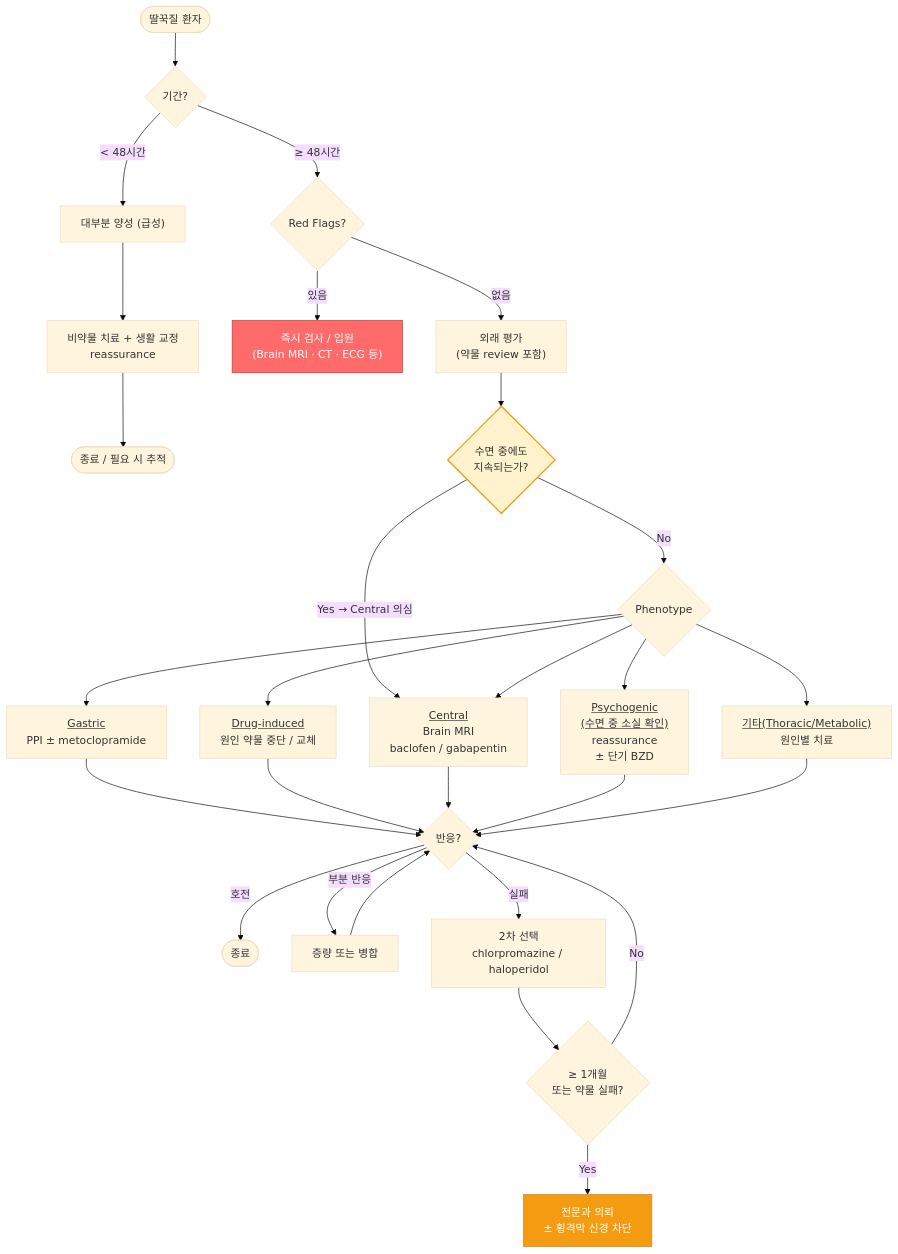
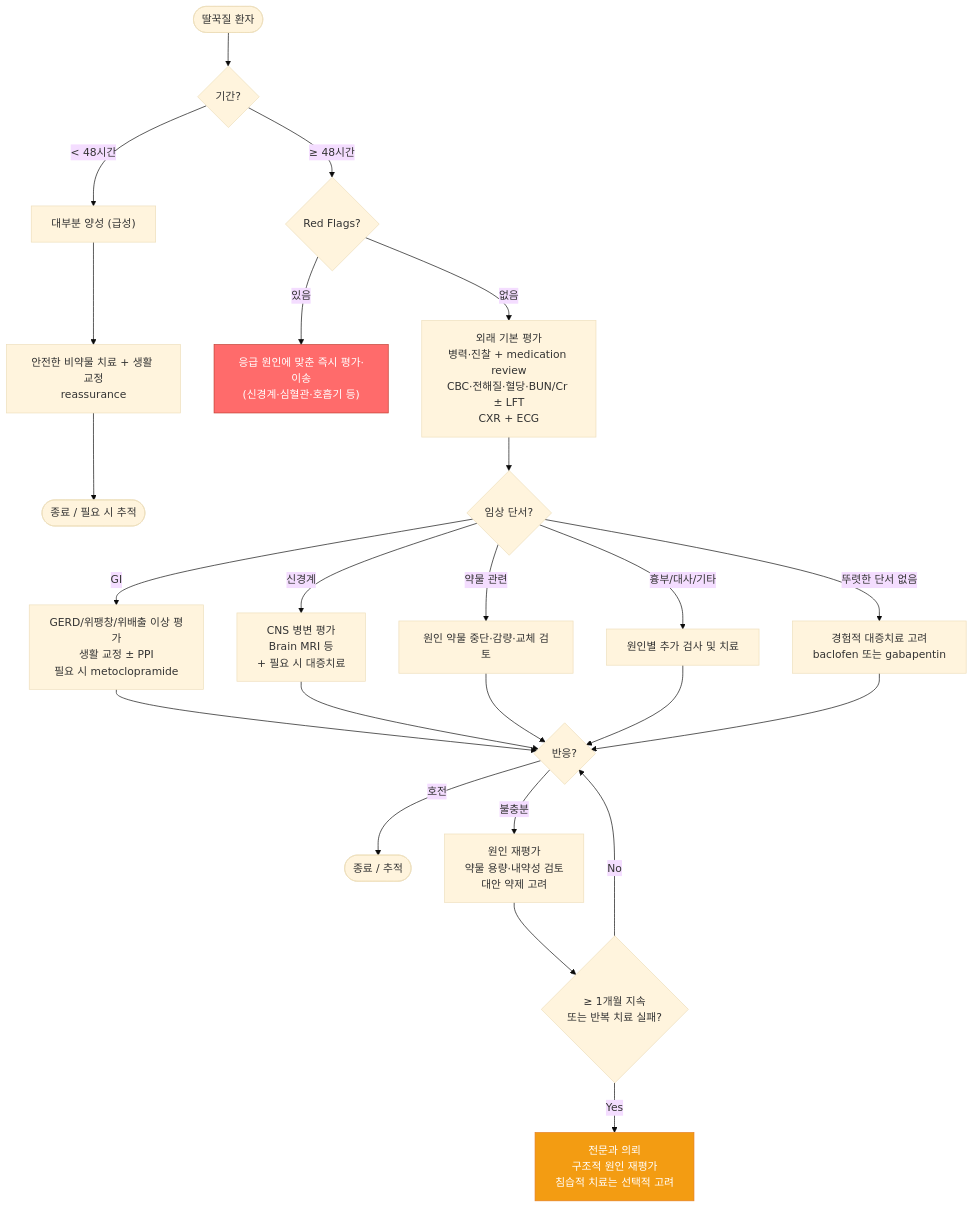
Before and after one commit to familyoh77/familyoh77: the diagram in 220_/010_-hiccups-singultus.md, drawn with Mermaid (base theme). The commit also changed other lines of this file, not shown here.

````diff
--- a/220_/010_-hiccups-singultus.md
+++ b/220_/010_-hiccups-singultus.md
@@ -92,29 +106,33 @@
 ```mermaid
 graph TD
     A([딸꾹질 환자]) --> B{기간?}
     B -->|"< 48시간"| C["대부분 양성 (급성)"]
-    C --> D["비약물 치료 + 생활 교정<br/> reassurance"]
+    C --> D["안전한 비약물 치료 + 생활 교정<br/>reassurance"]
     D --> E([종료 / 필요 시 추적])
+
     B -->|"≥ 48시간"| F{Red Flags?}
-    F -->|있음| G["즉시 검사 / 입원<br/>(Brain MRI · CT · ECG 등)"]
-    F -->|없음| H["외래 평가<br/>(약물 review 포함)"]
-    H --> SLEEP{"수면 중에도<br/>지속되는가?"}
-    SLEEP -->|"Yes → Central 의심"| N["<u>Central</u><br/>Brain MRI<br/>baclofen / gabapentin"]
-    SLEEP -->|No| K{Phenotype}
-    K --> L["<u>Gastric</u><br/>PPI ± metoclopramide"]
-    K --> M["<u>Drug-induced</u><br/>원인 약물 중단 / 교체"]
-    K --> N
-    K --> O["<u>Psychogenic<br/>(수면 중 소실 확인)</u><br/>reassurance<br/>± 단기 BZD"]
-    K --> P["<u>기타(Thoracic/Metabolic)</u><br/>원인별 치료"]
-    L & M & N & O & P --> Q{"반응?"}
-    Q -->|호전| R([종료])
-    Q -->|"부분 반응"| S["증량 또는 병합"]
-    S --> Q
-    Q -->|실패| T["2차 선택<br/>chlorpromazine / haloperidol"]
-    T --> U{"≥ 1개월<br/>또는 약물 실패?"}
-    U -->|Yes| V["전문과 의뢰<br/>± 횡격막 신경 차단"]
-    U -->|No| Q
+    F -->|있음| G["응급 원인에 맞춘 즉시 평가·이송<br/>(신경계·심혈관·호흡기 등)"]
+    F -->|없음| H["외래 기본 평가<br/>병력·진찰 + medication review<br/>CBC·전해질·혈당·BUN/Cr ± LFT<br/>CXR + ECG"]
+
+    H --> I{임상 단서?}
+    I -->|GI| J["GERD/위팽창/위배출 이상 평가<br/>생활 교정 ± PPI<br/>필요 시 metoclopramide"]
+    I -->|신경계| K["CNS 병변 평가<br/>Brain MRI 등<br/>+ 필요 시 대증치료"]
+    I -->|약물 관련| L["원인 약물 중단·감량·교체 검토"]
+    I -->|흉부/대사/기타| M["원인별 추가 검사 및 치료"]
+    I -->|뚜렷한 단서 없음| N["경험적 대증치료 고려<br/>baclofen 또는 gabapentin"]
+
+    J --> O{반응?}
+    K --> O
+    L --> O
+    M --> O
+    N --> O
+
+    O -->|호전| P([종료 / 추적])
+    O -->|불충분| Q["원인 재평가<br/>약물 용량·내약성 검토<br/>대안 약제 고려"]
+    Q --> R{"≥ 1개월 지속<br/>또는 반복 치료 실패?"}
+    R -->|Yes| S["전문과 의뢰<br/>구조적 원인 재평가<br/>침습적 치료는 선택적 고려"]
+    R -->|No| O
+
     style G fill:#ff6b6b,stroke:#c0392b,color:#fff
-    style SLEEP fill:#fff3cd,stroke:#f39c12,stroke-width:2px
-    style V fill:#f39c12,stroke:#e67e22,color:#fff
+    style S fill:#f39c12,stroke:#e67e22,color:#fff
 ```
````
